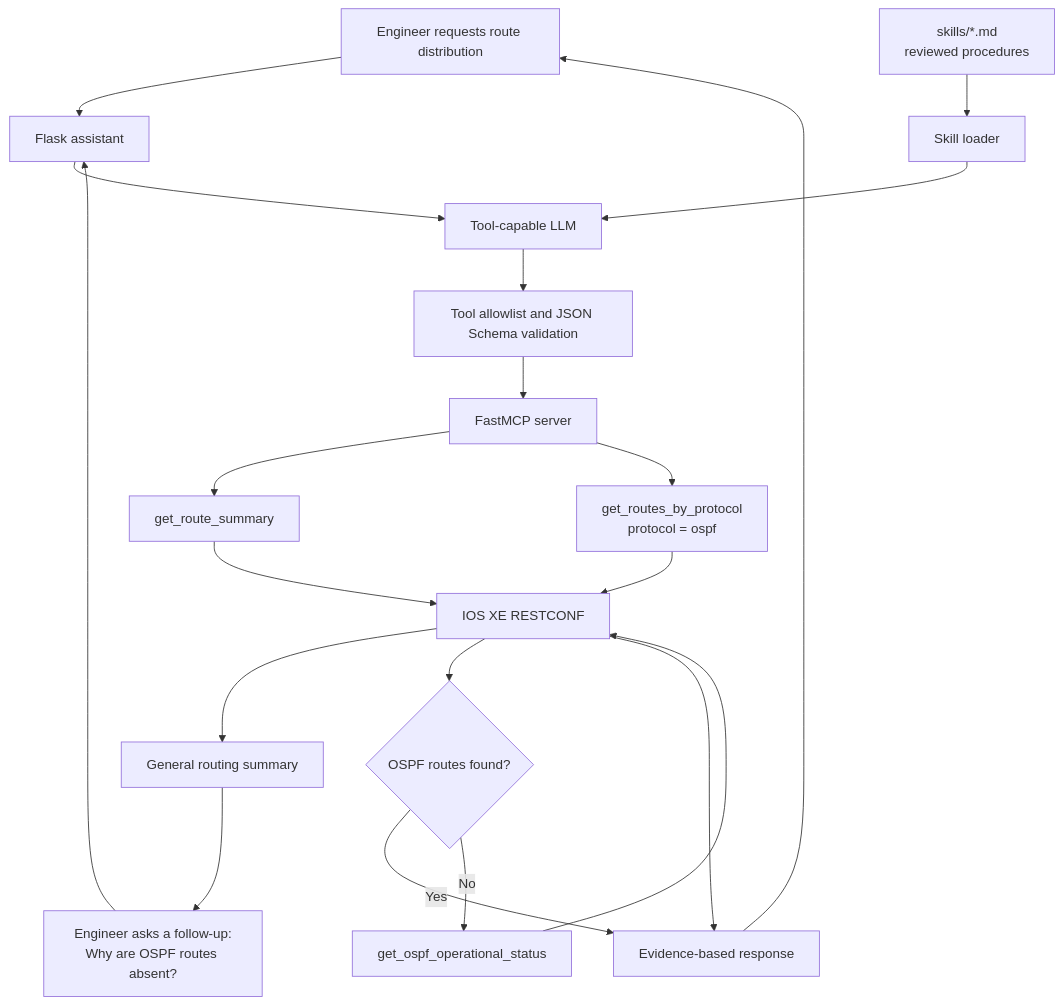
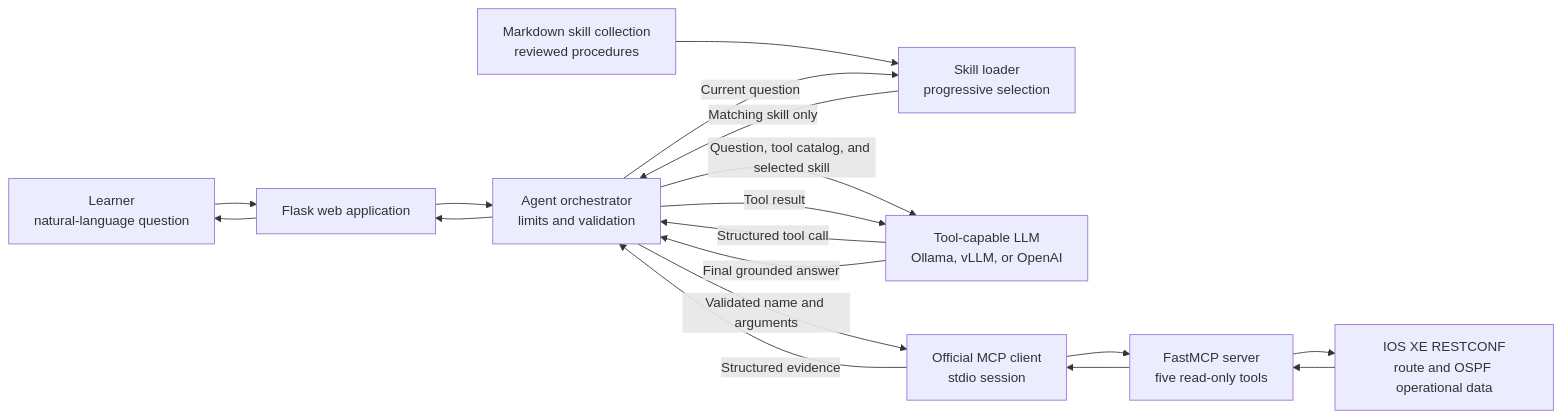
The first of 2 diagrams in LAB/Lab27/Lab27.md (tanthanh85/CCNPAUTO), drawn with Mermaid before and after one commit. The commit also changed other lines of this file, not shown here.

Commit message:
add message flow

````diff
--- a/LAB/Lab27/Lab27.md
+++ b/LAB/Lab27/Lab27.md
@@ -55,38 +55,30 @@
 ```mermaid
-flowchart TD
-    User["Engineer requests route distribution"]
-    Flask["Flask assistant"]
-    Loader["Skill loader"]
-    Skills["skills/*.md<br/>reviewed procedures"]
-    RouteSummary["get_route_summary"]
-    Summary["General routing summary"]
-    Followup["Engineer asks a follow-up:<br/>Why are OSPF routes absent?"]
-    LLM["Tool-capable LLM"]
-    Policy["Tool allowlist and JSON Schema validation"]
-    MCP["FastMCP server"]
-    Routes["get_routes_by_protocol<br/>protocol = ospf"]
-    Decision{"OSPF routes found?"}
-    OSPF["get_ospf_operational_status"]
-    IOSXE["IOS XE RESTCONF"]
-    Answer["Evidence-based response"]
+flowchart LR
+    U["Learner<br/>natural-language question"]
+    W["Flask web application"]
+    A["Agent orchestrator<br/>limits and validation"]
+    K["Skill loader<br/>progressive selection"]
+    S["Markdown skill collection<br/>reviewed procedures"]
+    L["Tool-capable LLM<br/>Ollama, vLLM, or OpenAI"]
+    C["Official MCP client<br/>stdio session"]
+    M["FastMCP server<br/>five read-only tools"]
+    R["IOS XE RESTCONF<br/>route and OSPF operational data"]
 
-    User --> Flask
-    Skills --> Loader
-    Loader --> LLM
-    Flask --> LLM
-    LLM --> Policy
-    Policy --> MCP
-    MCP --> RouteSummary
-    RouteSummary --> IOSXE
-    IOSXE --> Summary
-    Summary --> Followup
-    Followup --> Flask
-    MCP --> Routes
-    Routes --> IOSXE
-    IOSXE --> Decision
-    Decision -->|"Yes"| Answer
-    Decision -->|"No"| OSPF
-    OSPF --> IOSXE
-    IOSXE --> Answer
-    Answer --> User
+    U --> W
+    W --> A
+    S --> K
+    A -->|"Current question"| K
+    K -->|"Matching skill only"| A
+    A -->|"Question, tool catalog, and selected skill"| L
+    L -->|"Structured tool call"| A
+    A -->|"Validated name and arguments"| C
+    C --> M
+    M --> R
+    R --> M
+    M --> C
+    C -->|"Structured evidence"| A
+    A -->|"Tool result"| L
+    L -->|"Final grounded answer"| A
+    A --> W
+    W --> U
 ```
````
